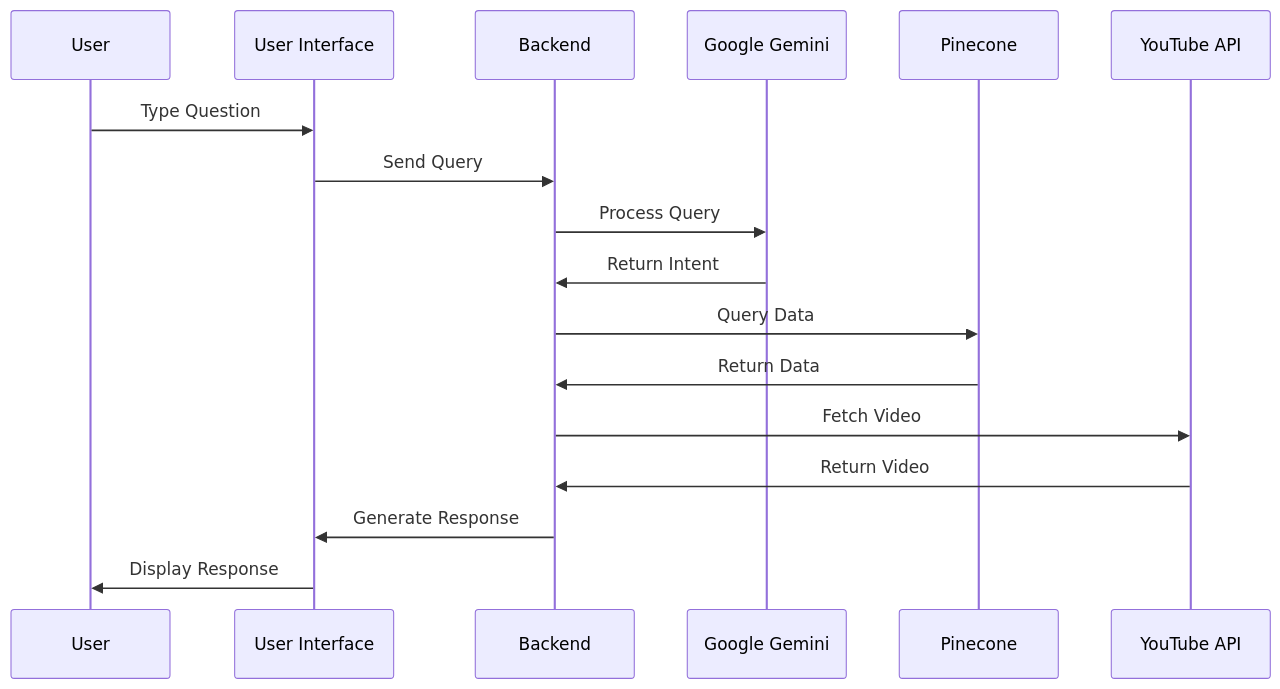
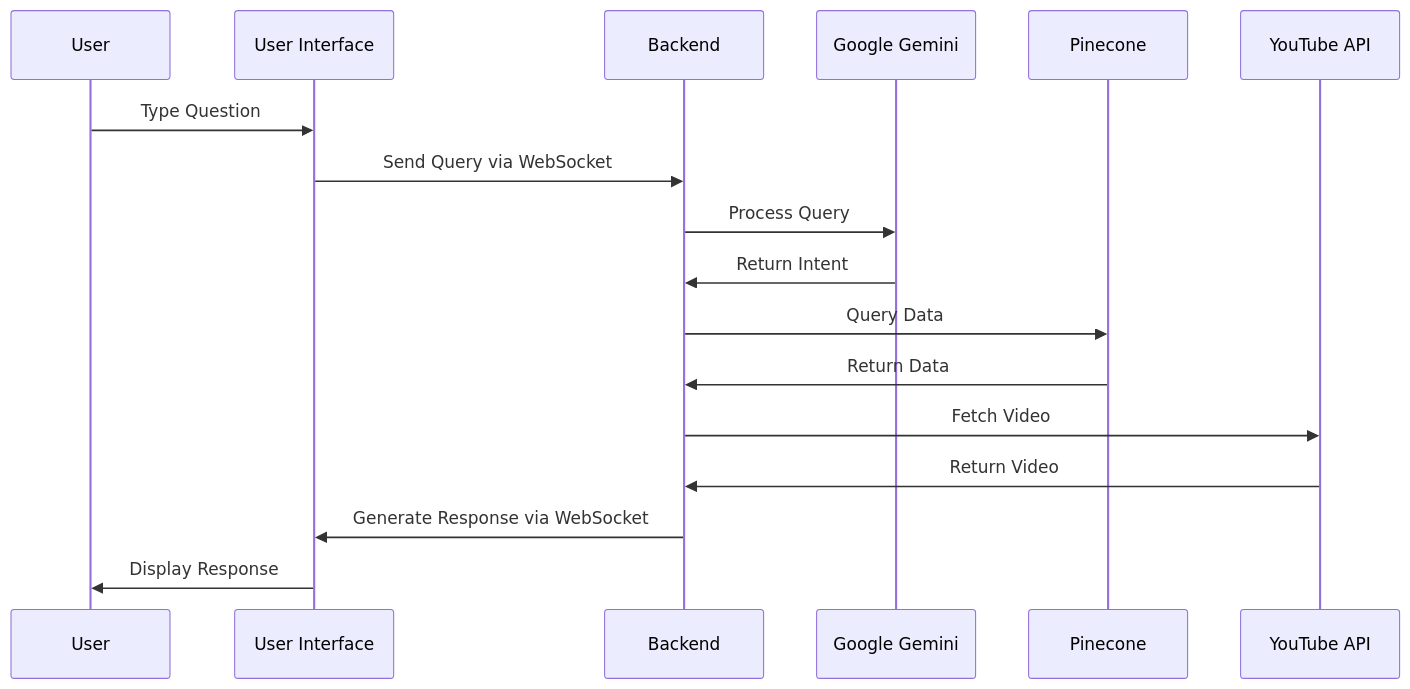
The second of 2 diagrams in docs/tutor-agent-tech-design-doc.md (swhsiang/comfyui-tutorial-agent), drawn with Mermaid before and after one commit. The commit also changed other lines of this file, not shown here.

````diff
--- a/docs/tutor-agent-tech-design-doc.md
+++ b/docs/tutor-agent-tech-design-doc.md
@@ -46,20 +140,20 @@
 ```mermaid
 sequenceDiagram
     participant User
     participant UI as User Interface
     participant Backend
     participant NLP as Google Gemini
     participant VectorDB as Pinecone
     participant YouTube as YouTube API
 
     User->>UI: Type Question
-    UI->>Backend: Send Query
+    UI->>Backend: Send Query via WebSocket
     Backend->>NLP: Process Query
     NLP->>Backend: Return Intent
     Backend->>VectorDB: Query Data
     VectorDB->>Backend: Return Data
     Backend->>YouTube: Fetch Video
     YouTube->>Backend: Return Video
-    Backend->>UI: Generate Response
+    Backend->>UI: Generate Response via WebSocket
     UI->>User: Display Response
 ```
````
